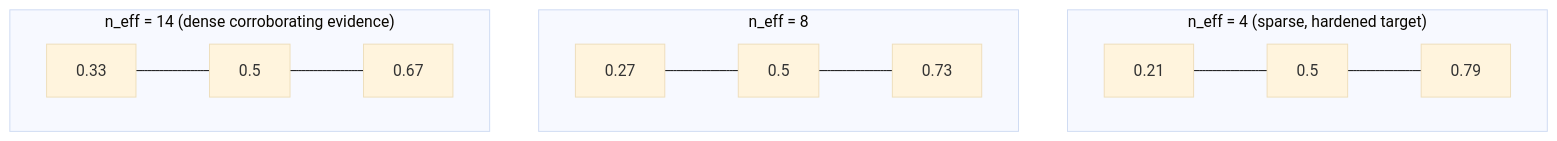
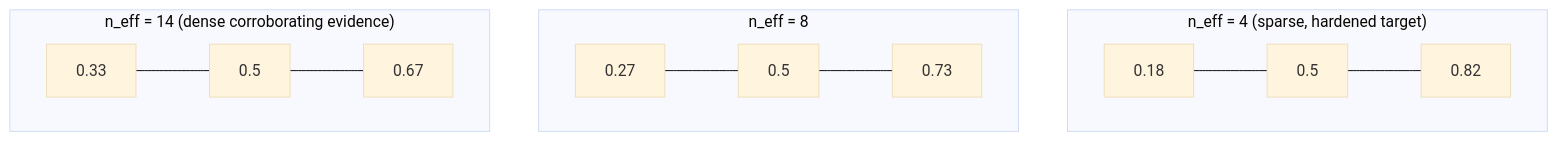
One commit to blisspixel/recon changed the third of 4 diagrams in docs/correlation.md. Above: the diagram before and after it, drawn with Mermaid. The commit also changed other lines of this file and 14 other files, not shown here.

````diff
--- a/docs/correlation.md
+++ b/docs/correlation.md
@@ -1372,13 +1278,13 @@
 ```mermaid
 %%{init: {'theme':'base'}}%%
 graph TB
   subgraph sparse["n_eff = 4 (sparse, hardened target)"]
-    sl["0.21"] --- sm["0.5"] --- sh["0.79"]
+    sl["0.18"] --- sm["0.5"] --- sh["0.82"]
   end
   subgraph mid["n_eff = 8"]
     ml["0.27"] --- mm["0.5"] --- mh["0.73"]
   end
   subgraph dense["n_eff = 14 (dense corroborating evidence)"]
     dl["0.33"] --- dm["0.5"] --- dh["0.67"]
   end
 ```
````
